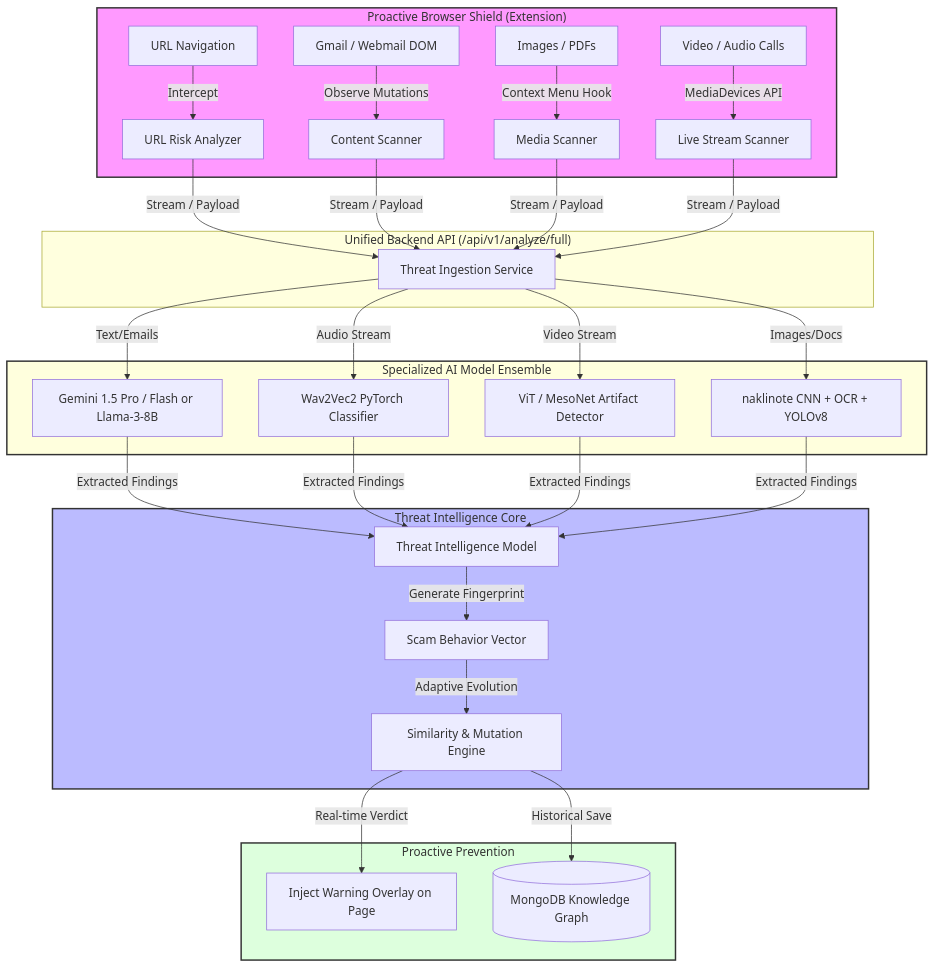
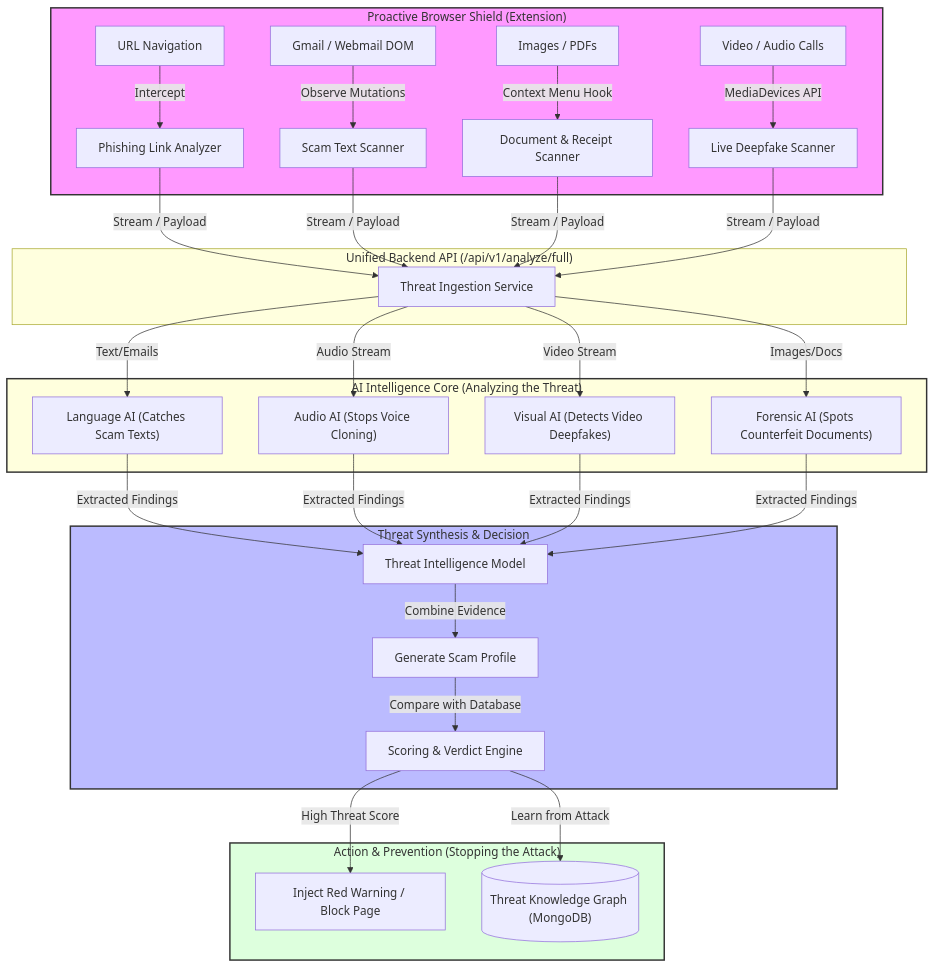
Before and after one commit to shravanbpatel954/SentinelAI: the diagram in README.md, drawn with Mermaid.

````diff
--- a/README.md
+++ b/README.md
@@ -20,41 +20,41 @@
 ```mermaid
 graph TD
     %% Proactive Interception
     subgraph Shield["Proactive Browser Shield (Extension)"]
-        A[URL Navigation] -->|Intercept| B[URL Risk Analyzer]
-        C[Gmail / Webmail DOM] -->|Observe Mutations| D[Content Scanner]
-        E[Images / PDFs] -->|Context Menu Hook| F[Media Scanner]
-        G[Video / Audio Calls] -->|MediaDevices API| H[Live Stream Scanner]
+        A[URL Navigation] -->|Intercept| B[Phishing Link Analyzer]
+        C[Gmail / Webmail DOM] -->|Observe Mutations| D[Scam Text Scanner]
+        E[Images / PDFs] -->|Context Menu Hook| F[Document & Receipt Scanner]
+        G[Video / Audio Calls] -->|MediaDevices API| H[Live Deepfake Scanner]
     end
 
     %% Unified Backend Pipeline
     subgraph Ingestion["Unified Backend API (/api/v1/analyze/full)"]
         B & D & F & H -->|Stream / Payload| I[Threat Ingestion Service]
     end
 
     %% Model Ensemble
-    subgraph AIEnsemble["Specialized AI Model Ensemble"]
-        I -->|Text/Emails| J[Gemini 1.5 Pro / Flash or Llama-3-8B]
-        I -->|Audio Stream| K[Wav2Vec2 PyTorch Classifier]
-        I -->|Video Stream| L[ViT / MesoNet Artifact Detector]
-        I -->|Images/Docs| M[naklinote CNN + OCR + YOLOv8]
+    subgraph AIEnsemble["AI Intelligence Core (Analyzing the Threat)"]
+        I -->|Text/Emails| J["Language AI (Catches Scam Texts)"]
+        I -->|Audio Stream| K["Audio AI (Stops Voice Cloning)"]
+        I -->|Video Stream| L["Visual AI (Detects Video Deepfakes)"]
+        I -->|Images/Docs| M["Forensic AI (Spots Counterfeit Documents)"]
     end
 
     %% Structuring
-    subgraph Intelligence["Threat Intelligence Core"]
+    subgraph Intelligence["Threat Synthesis & Decision"]
         J & K & L & M -->|Extracted Findings| N[Threat Intelligence Model]
-        N -->|Generate Fingerprint| O[Scam Behavior Vector]
-        O -->|Adaptive Evolution| P[Similarity & Mutation Engine]
+        N -->|Combine Evidence| O[Generate Scam Profile]
+        O -->|Compare with Database| P[Scoring & Verdict Engine]
     end
 
     %% Prevention
-    subgraph Action["Proactive Prevention"]
-        P -->|Real-time Verdict| Q[Inject Warning Overlay on Page]
-        P -->|Historical Save| R[(MongoDB Knowledge Graph)]
+    subgraph Action["Action & Prevention (Stopping the Attack)"]
+        P -->|High Threat Score| Q["Inject Red Warning / Block Page"]
+        P -->|Learn from Attack| R[("Threat Knowledge Graph (MongoDB)")]
     end
     
     style Shield fill:#f9f,stroke:#333,stroke-width:2px
     style AIEnsemble fill:#ffd,stroke:#333,stroke-width:2px
     style Intelligence fill:#bbf,stroke:#333,stroke-width:2px
     style Action fill:#dfd,stroke:#333,stroke-width:2px
 ```
````
